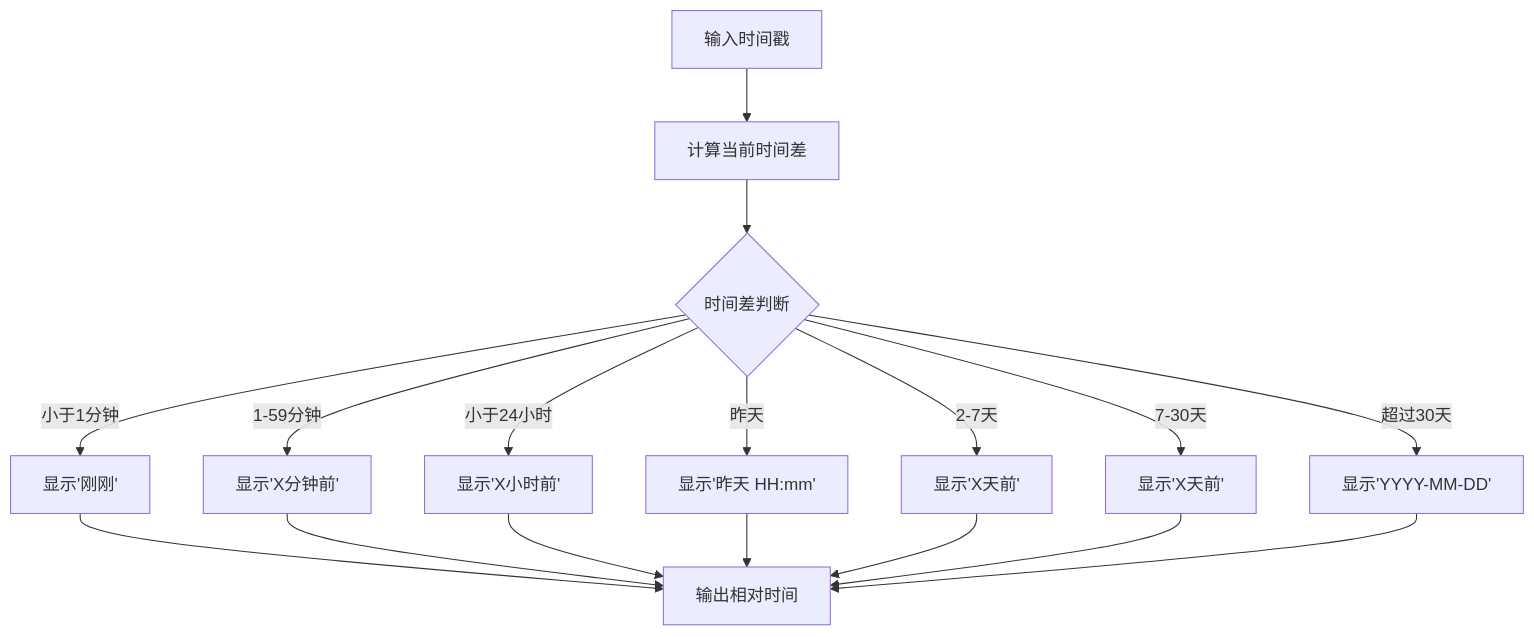
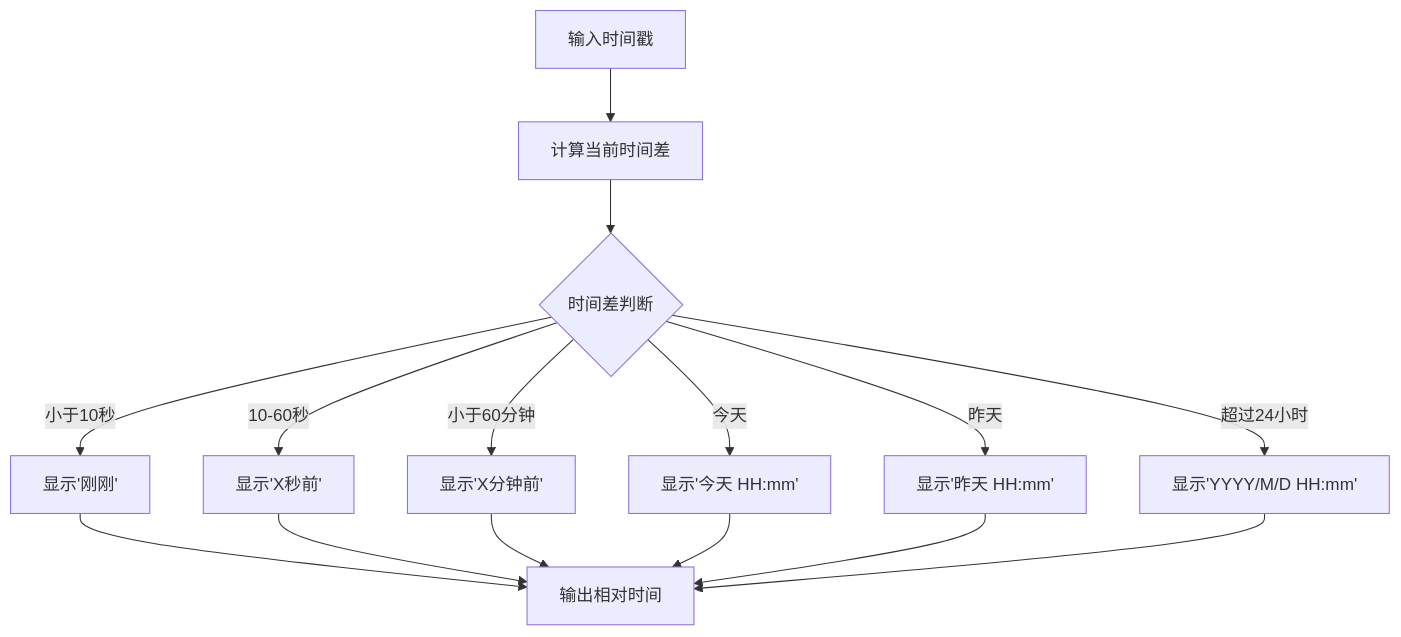
One commit to terwerinc/siyuan-plugin-share-pro changed the fifth of 6 diagrams in .qoder/repowiki/zh/content/UI组件系统/UI组件系统.md. Above: the diagram before and after it, drawn with Mermaid. The commit also changed other lines of this file and 8 other files, not shown here.

````diff
--- a/.qoder/repowiki/zh/content/UI组件系统/UI组件系统.md
+++ b/.qoder/repowiki/zh/content/UI组件系统/UI组件系统.md
@@ -406,19 +398,17 @@
 ```mermaid
 flowchart TD
 A["输入时间戳"] --> B["计算当前时间差"]
 B --> C{"时间差判断"}
-C --> |"小于1分钟"| D["显示'刚刚'"]
-C --> |"1-59分钟"| E["显示'X分钟前'"]
-C --> |"小于24小时"| F["显示'X小时前'"]
-C --> |"昨天"| G["显示'昨天 HH:mm'"]
-C --> |"2-7天"| H["显示'X天前'"]
-C --> |"7-30天"| I["显示'X天前'"]
-C --> |"超过30天"| J["显示'YYYY-MM-DD'"]
-D --> K["输出相对时间"]
-E --> K
-F --> K
-G --> K
-H --> K
-I --> K
-J --> K
+C --> |"小于10秒"| D["显示'刚刚'"]
+C --> |"10-60秒"| E["显示'X秒前'"]
+C --> |"小于60分钟"| F["显示'X分钟前'"]
+C --> |"今天"| G["显示'今天 HH:mm'"]
+C --> |"昨天"| H["显示'昨天 HH:mm'"]
+C --> |"超过24小时"| I["显示'YYYY/M/D HH:mm'"]
+D --> J["输出相对时间"]
+E --> J
+F --> J
+G --> J
+H --> J
+I --> J
 ```
````
